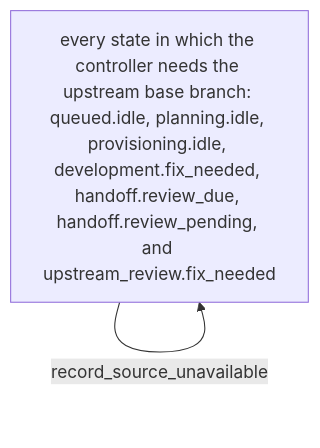
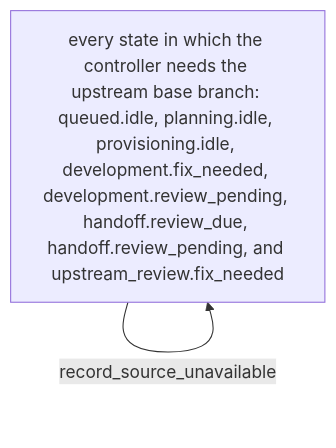
Diagram 35 of 36 in docs/state-machine/index.md (riseproject-dev/porting-agent), drawn with Mermaid before and after one commit. The commit also changed other lines of this file and 61 other files, not shown here.

First line of the commit message:
Review every development patch before it is published

````diff
--- a/docs/state-machine/index.md
+++ b/docs/state-machine/index.md
@@ -1035,6 +1104,6 @@
 ```mermaid
 flowchart TB
-    any["every state in which the controller needs the upstream base branch: queued.idle, planning.idle, provisioning.idle, development.fix_needed, handoff.review_due, handoff.review_pending, and upstream_review.fix_needed"]
+    any["every state in which the controller needs the upstream base branch: queued.idle, planning.idle, provisioning.idle, development.fix_needed, development.review_pending, handoff.review_due, handoff.review_pending, and upstream_review.fix_needed"]
 
     any -->|record_source_unavailable| any
 ```
````
